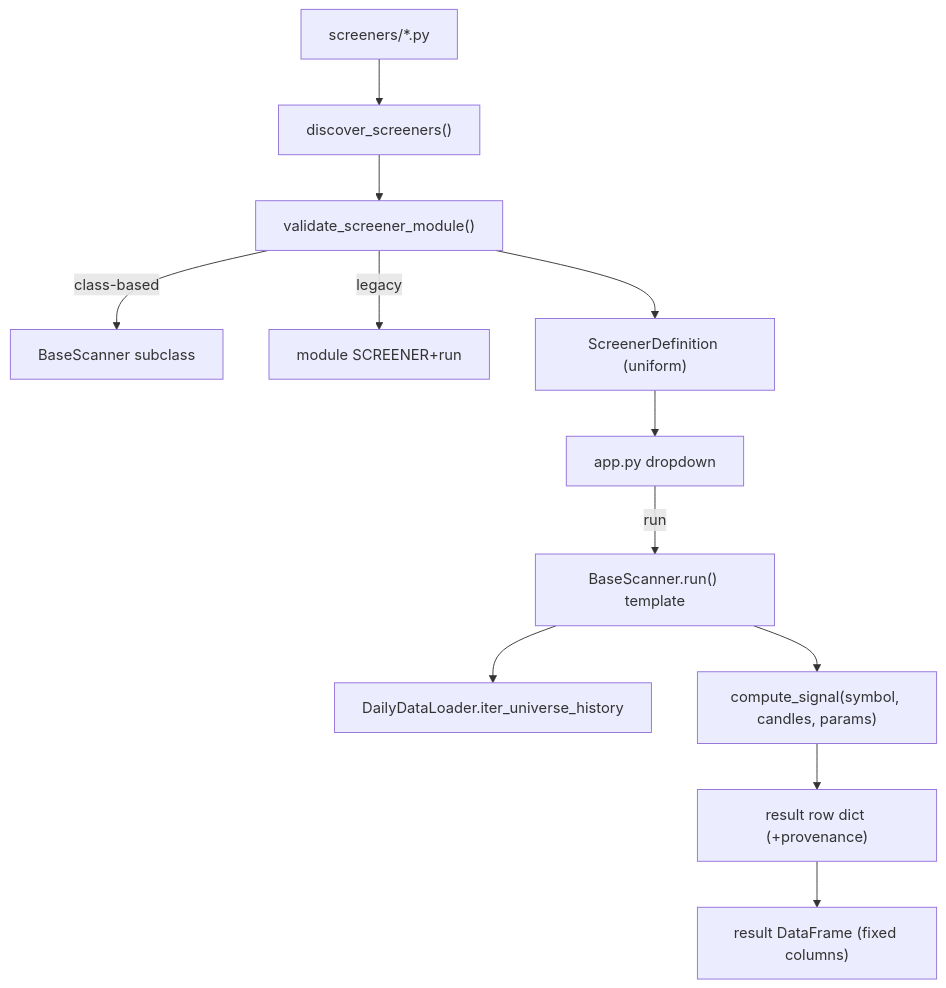
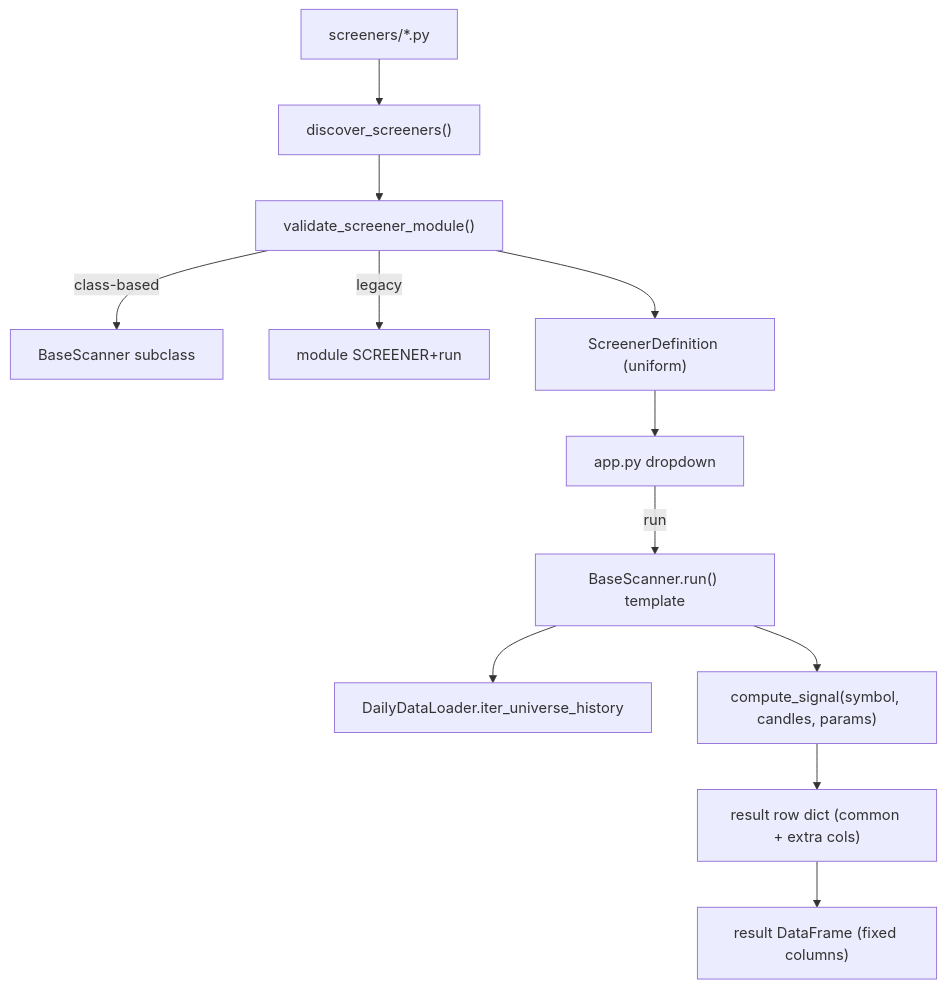
Before and after one commit to DoRmAmMu1997/Streamlit-Scanner-App: the diagram in docs/architecture/components/screener-framework.md, drawn with Mermaid. The commit also changed other lines of this file and 7 other files, not shown here.

First line of the commit message:
docs(architecture): correct accuracy issues from Codex review

````diff
--- a/docs/architecture/components/screener-framework.md
+++ b/docs/architecture/components/screener-framework.md
@@ -33,14 +35,14 @@
 ```mermaid
 flowchart TD
     FILES["screeners/*.py"] --> DISC["discover_screeners()"]
     DISC --> VAL["validate_screener_module()"]
     VAL -->|class-based| CLS["BaseScanner subclass"]
     VAL -->|legacy| MOD["module SCREENER+run"]
     VAL --> DEF["ScreenerDefinition (uniform)"]
     DEF --> UI["app.py dropdown"]
     UI -->|run| TMPL["BaseScanner.run() template"]
     TMPL --> LOADER["DailyDataLoader.iter_universe_history"]
     TMPL --> CS["compute_signal(symbol, candles, params)"]
-    CS --> ROW["result row dict (+provenance)"]
+    CS --> ROW["result row dict (common + extra cols)"]
     ROW --> DF["result DataFrame (fixed columns)"]
 ```
````
